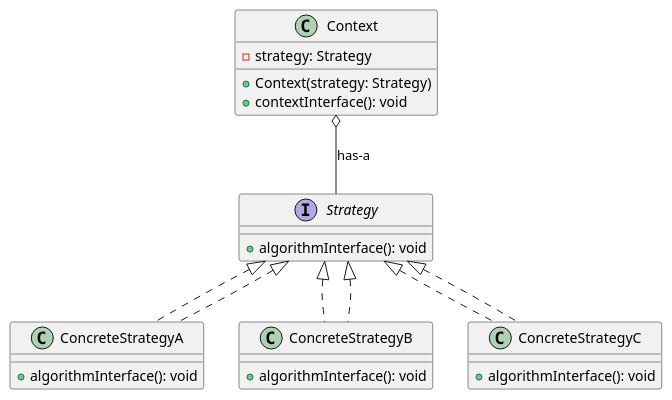
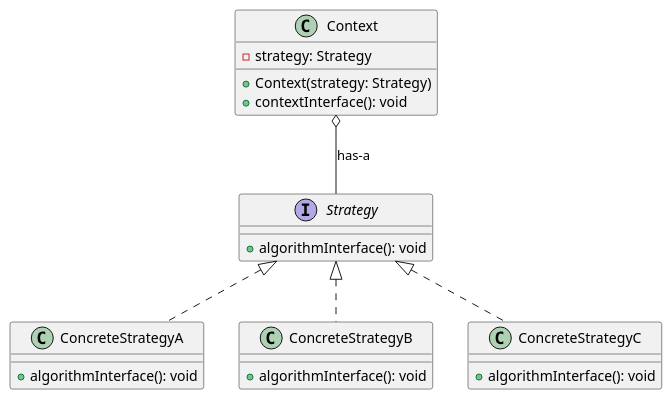
One commit to Gabriel-SoftwareAG/DesignPatterns changed the diagram in Patterns/Manuscript/manuscript/plantUml/strategy_class_diagram.plantuml. Above: the diagram before and after it, drawn with PlantUML. The commit also changed 24 other files, not shown here.

Commit message:
fix class diagrams

```diff
--- a/Patterns/Manuscript/manuscript/plantUml/strategy_class_diagram.plantuml
+++ b/Patterns/Manuscript/manuscript/plantUml/strategy_class_diagram.plantuml
@@ -1,34 +1,31 @@
 @startuml StrategyPatternClassDiagram
 
 ' Context class
 class Context {
   -strategy: Strategy
   +Context(strategy: Strategy)
   +contextInterface(): void
 }
 
 ' Strategy interface
 interface Strategy {
   +algorithmInterface(): void
 }
 
 ' Concrete Strategies
 class ConcreteStrategyA implements Strategy {
   +algorithmInterface(): void
 }
 
 class ConcreteStrategyB implements Strategy {
   +algorithmInterface(): void
 }
 
 class ConcreteStrategyC implements Strategy {
   +algorithmInterface(): void
 }
 
 ' Relationships
 Context o-- Strategy : has-a
-Strategy <|.. ConcreteStrategyA
-Strategy <|.. ConcreteStrategyB
-Strategy <|.. ConcreteStrategyC
 
 @enduml
```
